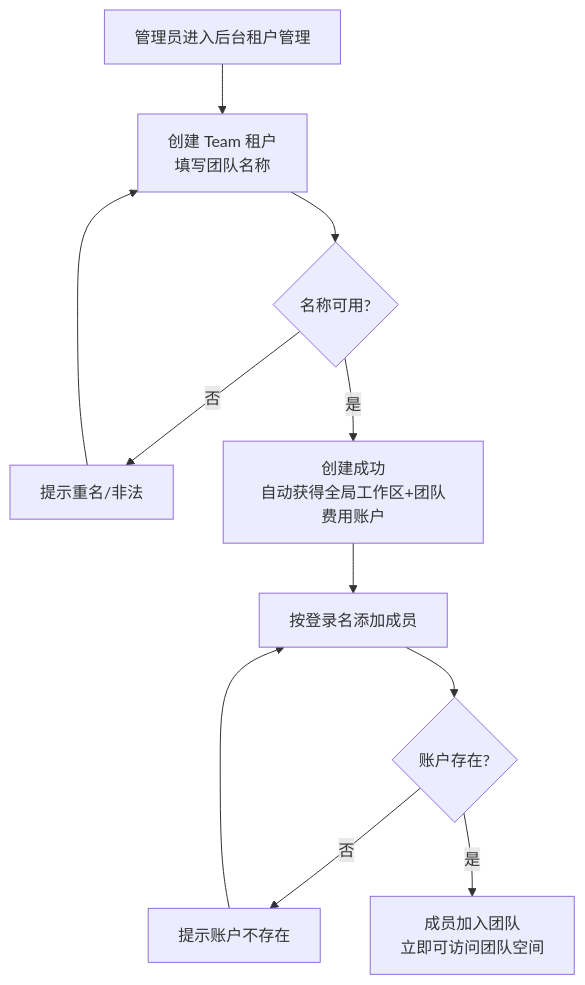
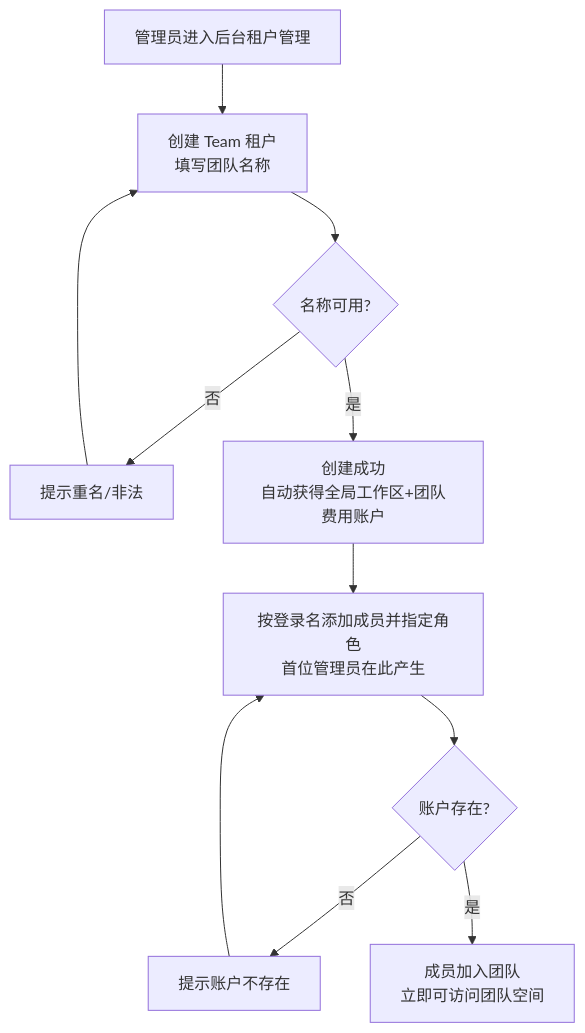
Before and after one commit to Deliay/z-agent-gear: the second of 4 diagrams in docs/product/draft/20261028-multi-tenant-phase2.md, drawn with Mermaid. The commit also changed other lines of this file and 3 other files, not shown here.

````diff
--- a/docs/product/draft/20261028-multi-tenant-phase2.md
+++ b/docs/product/draft/20261028-multi-tenant-phase2.md
@@ -195,11 +225,11 @@
 ```mermaid
 flowchart TD
     A[管理员进入后台租户管理] --> B[创建 Team 租户<br/>填写团队名称]
     B --> C{名称可用?}
     C -->|否| D[提示重名/非法] --> B
     C -->|是| E[创建成功<br/>自动获得全局工作区+团队费用账户]
-    E --> F[按登录名添加成员]
+    E --> F[按登录名添加成员并指定角色<br/>首位管理员在此产生]
     F --> G{账户存在?}
     G -->|否| H[提示账户不存在] --> F
     G -->|是| I[成员加入团队<br/>立即可访问团队空间]
 ```
````
